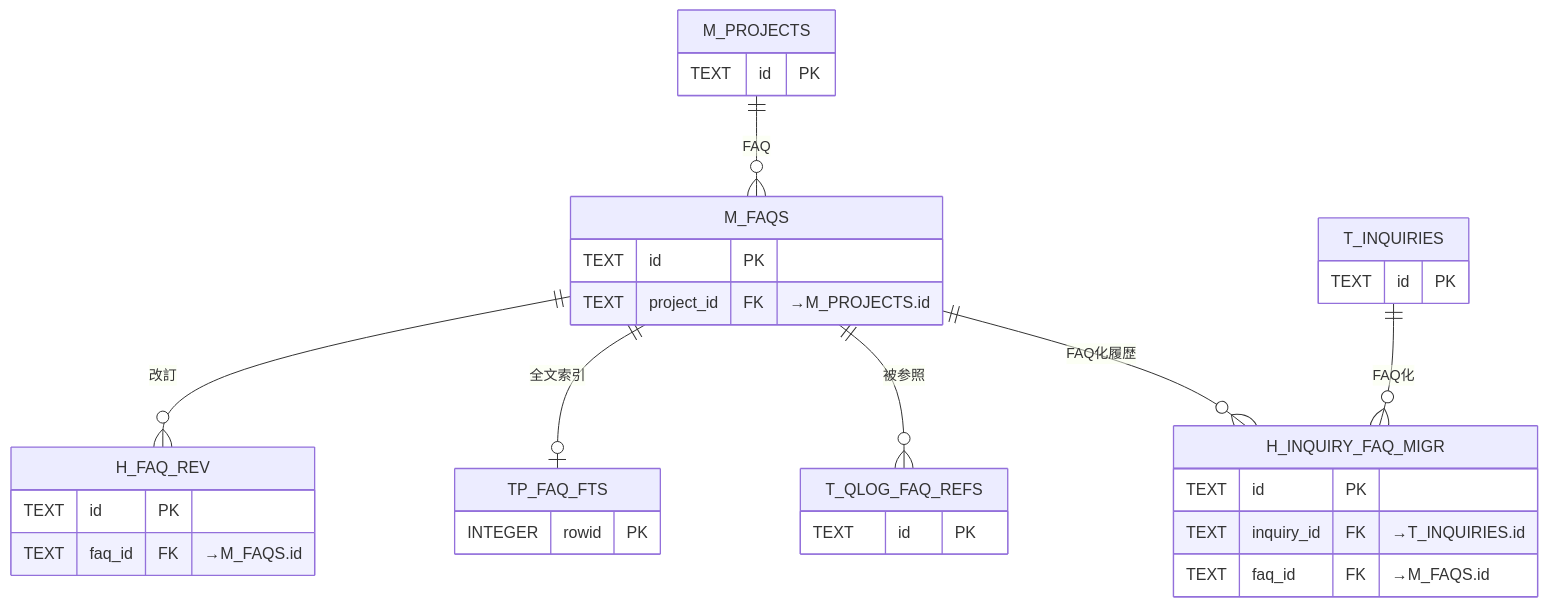
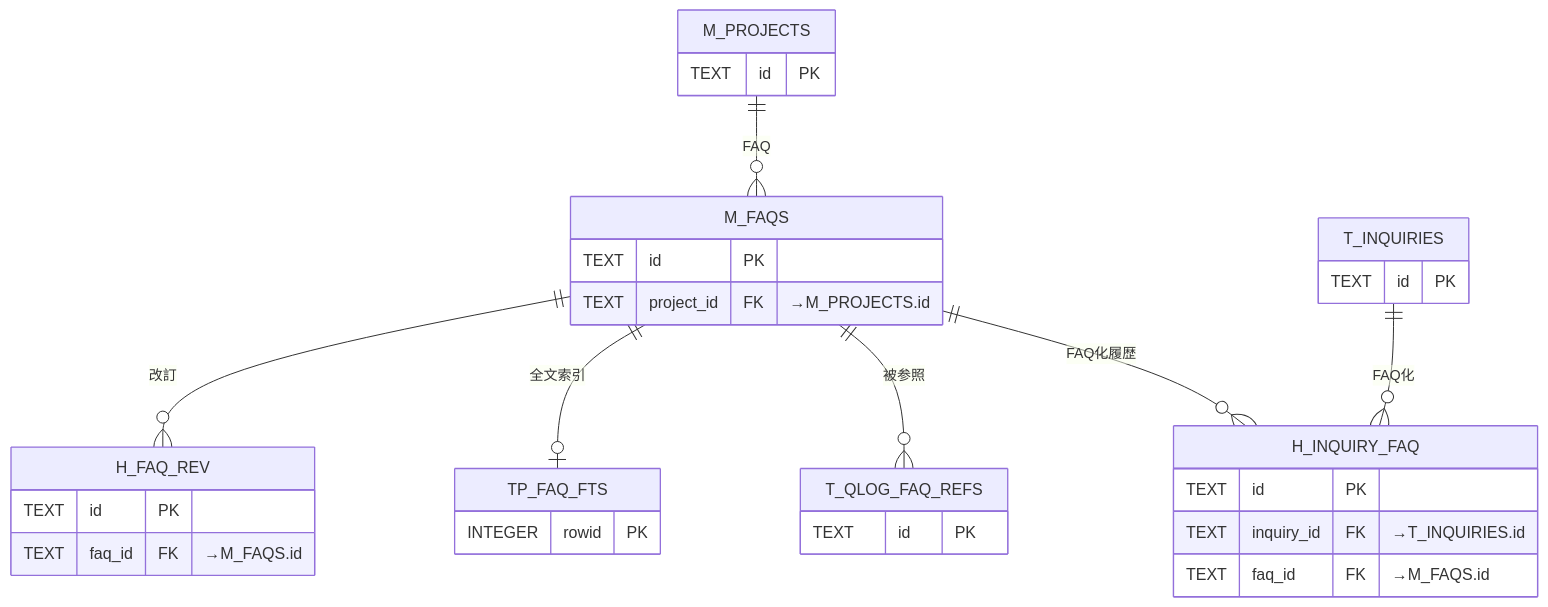
One commit to sikakou54/open-faq changed the sixth of 12 diagrams in 02_basic-design/03_database-design.md. Above: the diagram before and after it, drawn with Mermaid. The commit also changed other lines of this file and 4 other files, not shown here.

First line of the commit message:
DB設計: 履歴テーブルを H_INQUIRY_FAQ へ改称し、趣旨説明コメントを削除

````diff
--- a/02_basic-design/03_database-design.md
+++ b/02_basic-design/03_database-design.md
@@ -194,20 +194,20 @@
 ```mermaid
 erDiagram
   M_FAQS { TEXT id PK
     TEXT project_id FK "→M_PROJECTS.id" }
   H_FAQ_REV { TEXT id PK
     TEXT faq_id FK "→M_FAQS.id" }
   TP_FAQ_FTS { INTEGER rowid PK }
-  H_INQUIRY_FAQ_MIGR { TEXT id PK
+  H_INQUIRY_FAQ { TEXT id PK
     TEXT inquiry_id FK "→T_INQUIRIES.id"
     TEXT faq_id FK "→M_FAQS.id" }
   M_PROJECTS { TEXT id PK }
   T_INQUIRIES { TEXT id PK }
   T_QLOG_FAQ_REFS { TEXT id PK }
   M_PROJECTS ||--o{ M_FAQS : "FAQ"
   M_FAQS ||--o{ H_FAQ_REV : "改訂"
   M_FAQS ||--o| TP_FAQ_FTS : "全文索引"
   M_FAQS ||--o{ T_QLOG_FAQ_REFS : "被参照"
-  T_INQUIRIES ||--o{ H_INQUIRY_FAQ_MIGR : "FAQ化"
-  M_FAQS ||--o{ H_INQUIRY_FAQ_MIGR : "FAQ化履歴"
+  T_INQUIRIES ||--o{ H_INQUIRY_FAQ : "FAQ化"
+  M_FAQS ||--o{ H_INQUIRY_FAQ : "FAQ化履歴"
 ```
````
